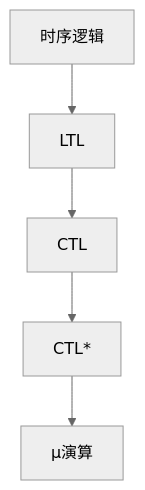
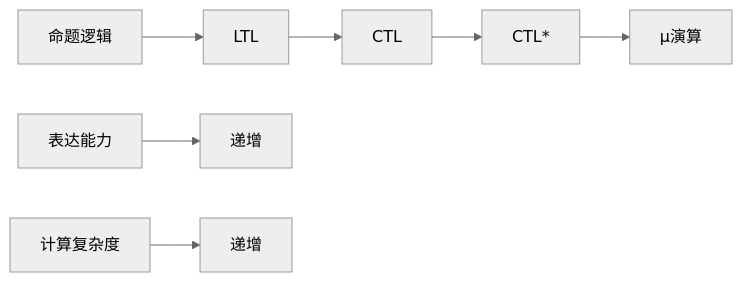
One commit to AdaMartin18010/Lean changed the second of 8 diagrams in analysis/1-形式化理论/1.3-时序逻辑与控制/1.3.6-图表与多表征.md. Above: the diagram before and after it, drawn with Mermaid (neutral theme). The commit also changed other lines of this file and 57 other files, not shown here.

````diff
--- a/analysis/1-形式化理论/1.3-时序逻辑与控制/1.3.6-图表与多表征.md
+++ b/analysis/1-形式化理论/1.3-时序逻辑与控制/1.3.6-图表与多表征.md
@@ -20,7 +42,10 @@
 ```mermaid
-graph TD
-  A[时序逻辑] --> B[LTL]
+graph LR
+  A[命题逻辑] --> B[LTL]
   B --> C[CTL]
   C --> D[CTL*]
   D --> E[μ演算]
+  
+  A1[表达能力] --> A2[递增]
+  A3[计算复杂度] --> A4[递增]
 ```
````
